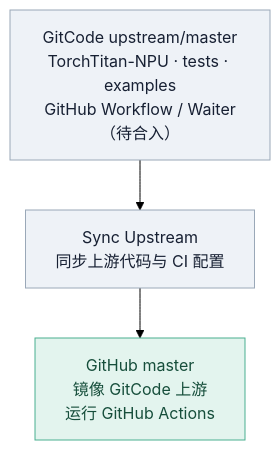
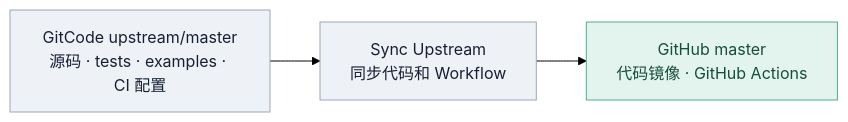
One commit to depeng1994/lite-actions changed the first of 2 diagrams in README.md. Above: the diagram before and after it, drawn with Mermaid (forest theme). The commit also changed other lines of this file and 6 other files, not shown here.

Commit message:
docs: widen CI diagrams and clarify deployment and A5 onboarding

````diff
--- a/README.md
+++ b/README.md
@@ -9,11 +9,11 @@
 ```mermaid
-flowchart TB
-    U["GitCode upstream/master<br/>TorchTitan-NPU · tests · examples<br/>GitHub Workflow / Waiter（待合入）"]
-    S["Sync Upstream<br/>同步上游代码与 CI 配置"]
-    M["GitHub master<br/>镜像 GitCode 上游<br/>运行 GitHub Actions"]
+flowchart LR
+    U["GitCode upstream/master<br/>源码 · tests · examples · CI 配置"]
+    S["Sync Upstream<br/>同步代码和 Workflow"]
+    M["GitHub master<br/>代码镜像 · GitHub Actions"]
     U --> S --> M
     classDef base fill:#eef2f7,stroke:#9aa8b8,color:#172033;
     classDef target fill:#e3f4ee,stroke:#4aaf90,color:#164e3b;
     class U,S base;
     class M target;
 ```
````
